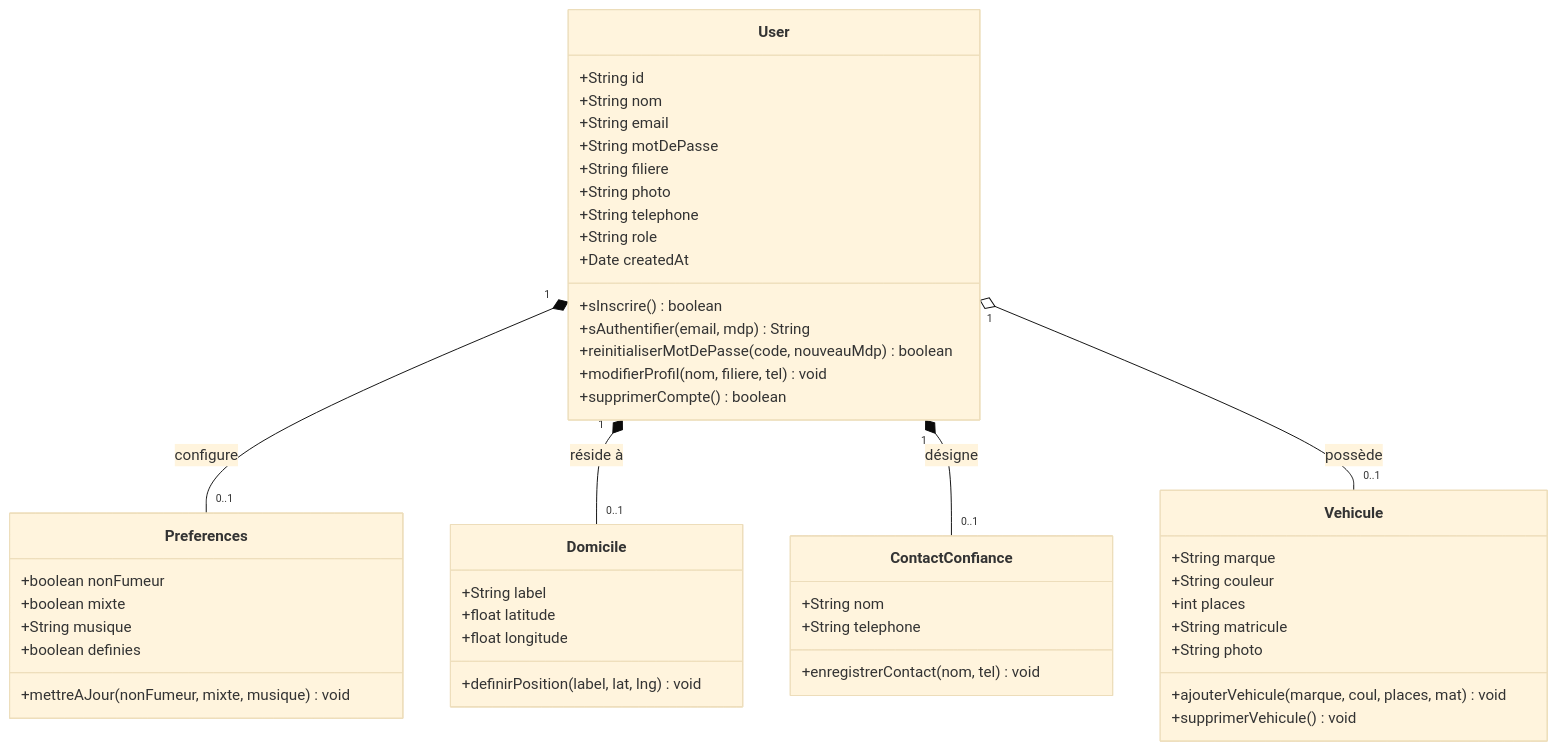
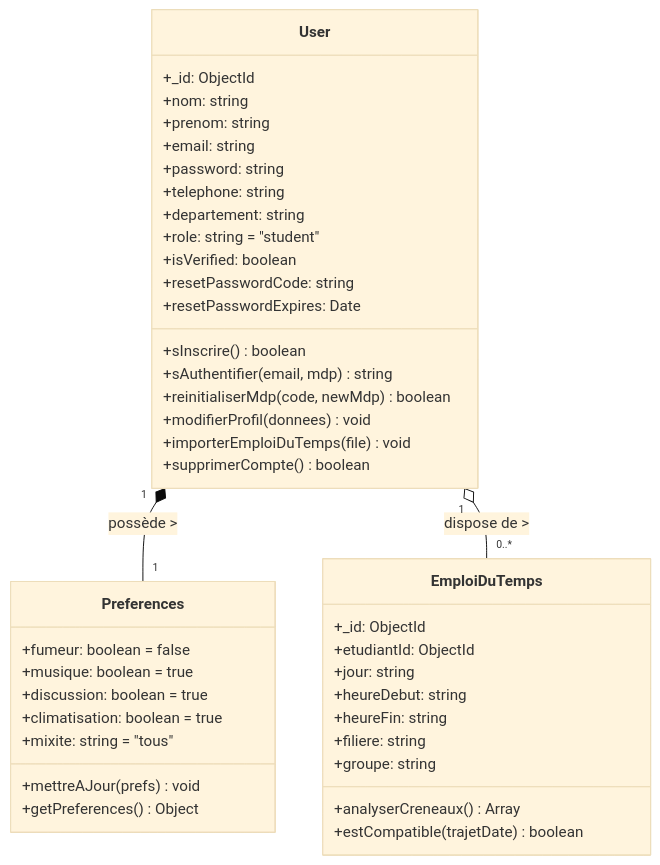
The second of 14 diagrams in DIAGRAMMES_UML.md (Hajer1406/UniRide), drawn with Mermaid (base theme) before and after one commit. The commit also changed other lines of this file and 30 other files, not shown here.

Commit message:
docs: add downloadable UML Use Case and Class diagram images (PNG/SVG) with include auth

````diff
--- a/DIAGRAMMES_UML.md
+++ b/DIAGRAMMES_UML.md
@@ -75,55 +99,47 @@
 ```mermaid
 classDiagram
     class User {
-        +String id
-        +String nom
-        +String email
-        +String motDePasse
-        +String filiere
-        +String photo
-        +String telephone
-        +String role
-        +Date createdAt
+        +_id: ObjectId
+        +nom: string
+        +prenom: string
+        +email: string
+        +password: string
+        +telephone: string
+        +departement: string
+        +role: string = "student"
+        +isVerified: boolean
+        +resetPasswordCode: string
+        +resetPasswordExpires: Date
         +sInscrire() boolean
-        +sAuthentifier(email, mdp) String
-        +reinitialiserMotDePasse(code, nouveauMdp) boolean
-        +modifierProfil(nom, filiere, tel) void
+        +sAuthentifier(email, mdp) string
+        +reinitialiserMdp(code, newMdp) boolean
+        +modifierProfil(donnees) void
+        +importerEmploiDuTemps(file) void
         +supprimerCompte() boolean
     }
 
     class Preferences {
-        +boolean nonFumeur
-        +boolean mixte
-        +String musique
-        +boolean definies
-        +mettreAJour(nonFumeur, mixte, musique) void
+        +fumeur: boolean = false
+        +musique: boolean = true
+        +discussion: boolean = true
+        +climatisation: boolean = true
+        +mixite: string = "tous"
+        +mettreAJour(prefs) void
+        +getPreferences() Object
     }
 
-    class Domicile {
-        +String label
-        +float latitude
-        +float longitude
-        +definirPosition(label, lat, lng) void
+    class EmploiDuTemps {
+        +_id: ObjectId
+        +etudiantId: ObjectId
+        +jour: string
+        +heureDebut: string
+        +heureFin: string
+        +filiere: string
+        +groupe: string
+        +analyserCreneaux() Array
+        +estCompatible(trajetDate) boolean
     }
 
-    class ContactConfiance {
-        +String nom
-        +String telephone
-        +enregistrerContact(nom, tel) void
-    }
-
-    class Vehicule {
-        +String marque
-        +String couleur
-        +int places
-        +String matricule
-        +String photo
-        +ajouterVehicule(marque, coul, places, mat) void
-        +supprimerVehicule() void
-    }
-
-    User "1" *-- "0..1" Preferences : configure
-    User "1" *-- "0..1" Domicile : réside à
-    User "1" *-- "0..1" ContactConfiance : désigne
-    User "1" o-- "0..1" Vehicule : possède
+    User "1" *-- "1" Preferences : possède >
+    User "1" o-- "0..*" EmploiDuTemps : dispose de >
 ```
````
